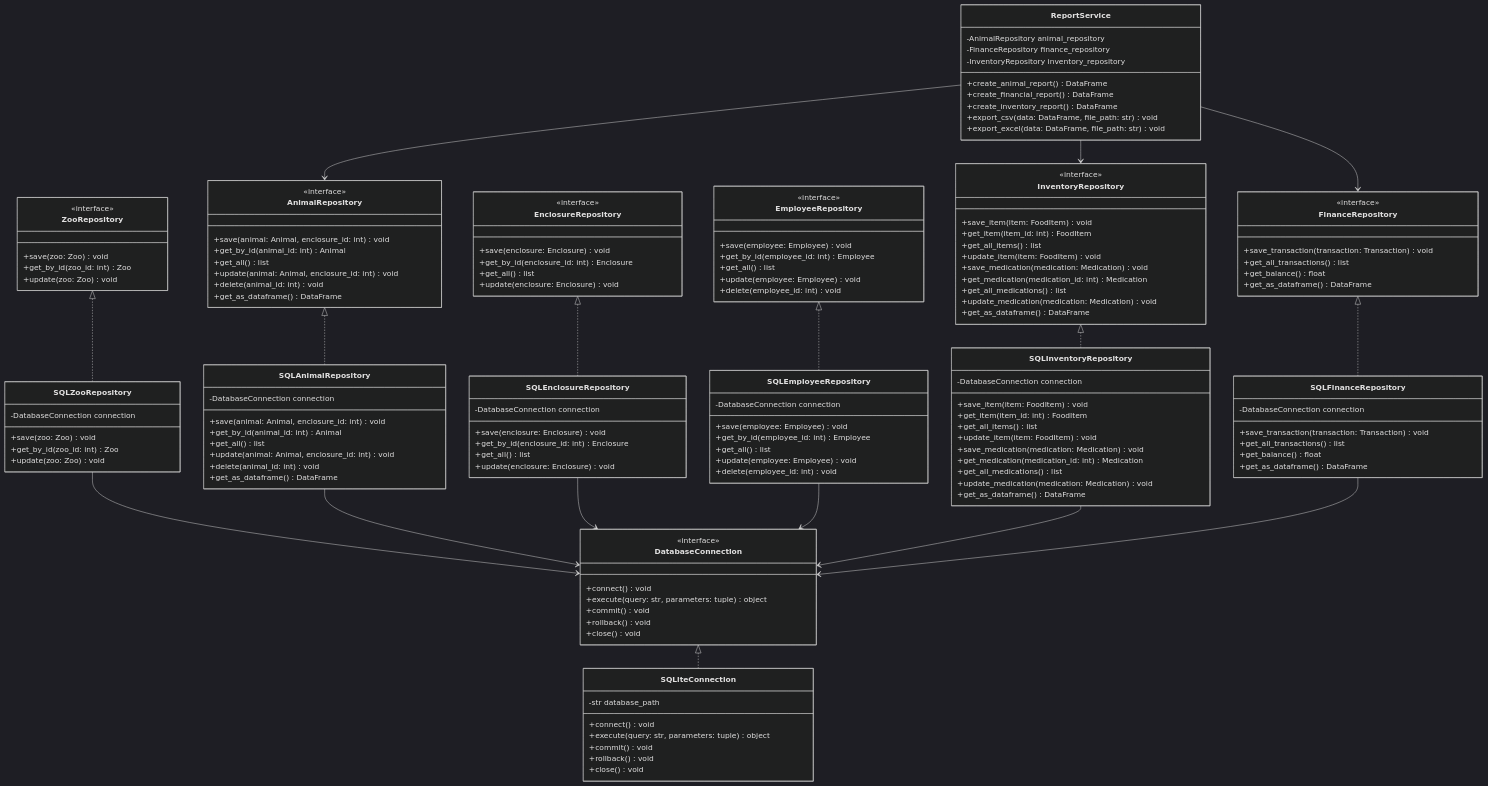
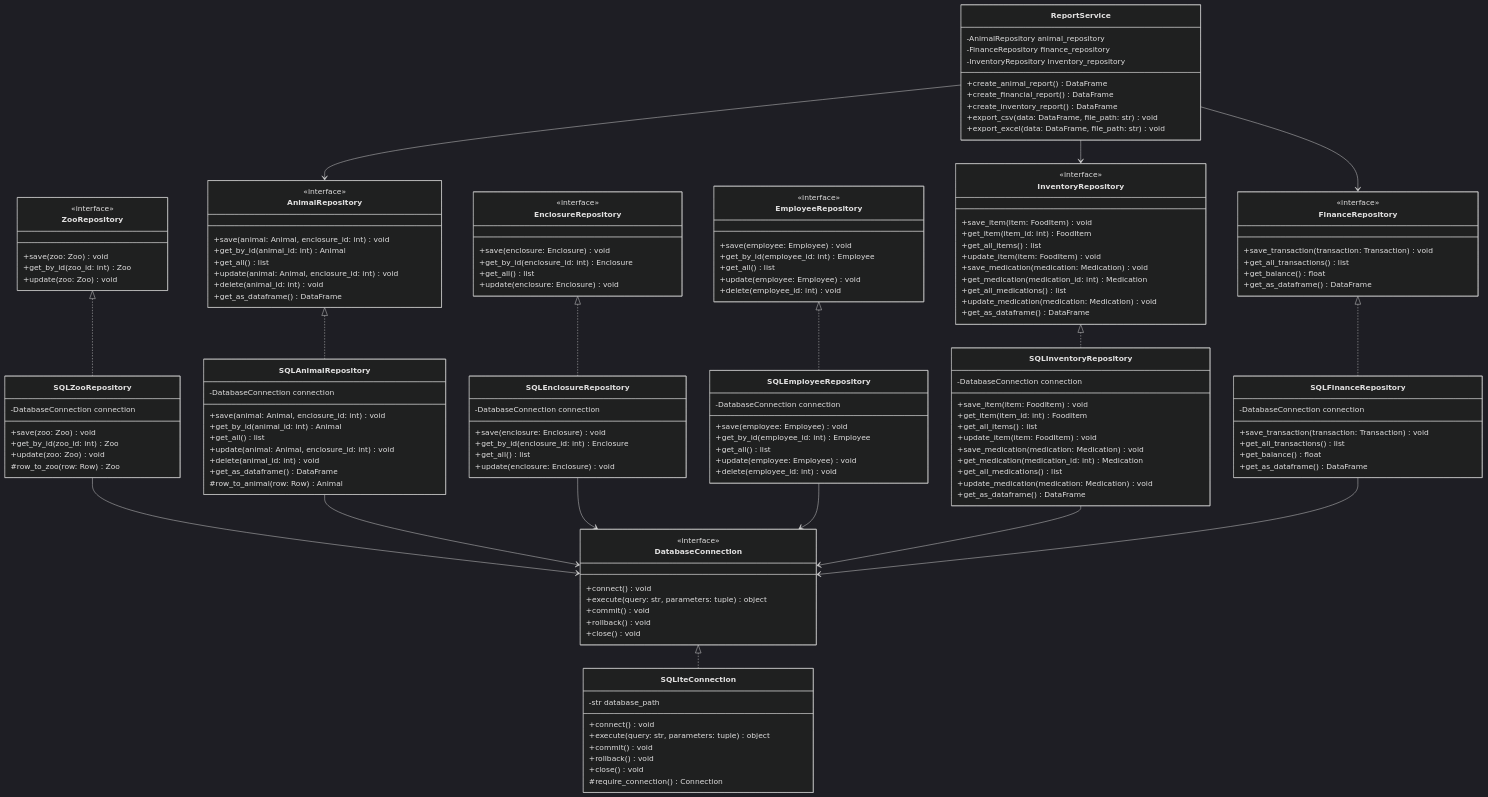
One commit to Darnell-Beganovic/zms-BBS changed the diagram in zoo_simulation/docs/planning_db_kaiss.md. Above: the diagram before and after it, drawn with Mermaid (dark theme). The commit also changed 1 other file, not shown here.

Commit message:
docs(planning): document private helper methods on SQL repository classes
SQLiteConnection#require_connection, SQLZooRepository#row_to_zoo and
SQLAnimalRepository#row_to_animal contain real logic (connection guard,
row-to-domain-object reconstruction), matching the existing precedent of
Animal#validate_value being shown as a protected method in the diagram.

```diff
--- a/zoo_simulation/docs/planning_db_kaiss.md
+++ b/zoo_simulation/docs/planning_db_kaiss.md
@@ -56,6 +56,7 @@
         +commit() void
         +rollback() void
         +close() void
+        #require_connection() Connection
     }
 
     class ZooRepository {
@@ -118,6 +119,7 @@
         +save(zoo: Zoo) void
         +get_by_id(zoo_id: int) Zoo
         +update(zoo: Zoo) void
+        #row_to_zoo(row: Row) Zoo
     }
 
     class SQLAnimalRepository {
@@ -128,6 +130,7 @@
         +update(animal: Animal, enclosure_id: int) void
         +delete(animal_id: int) void
         +get_as_dataframe() DataFrame
+        #row_to_animal(row: Row) Animal
     }
 
     class SQLEnclosureRepository {
```
